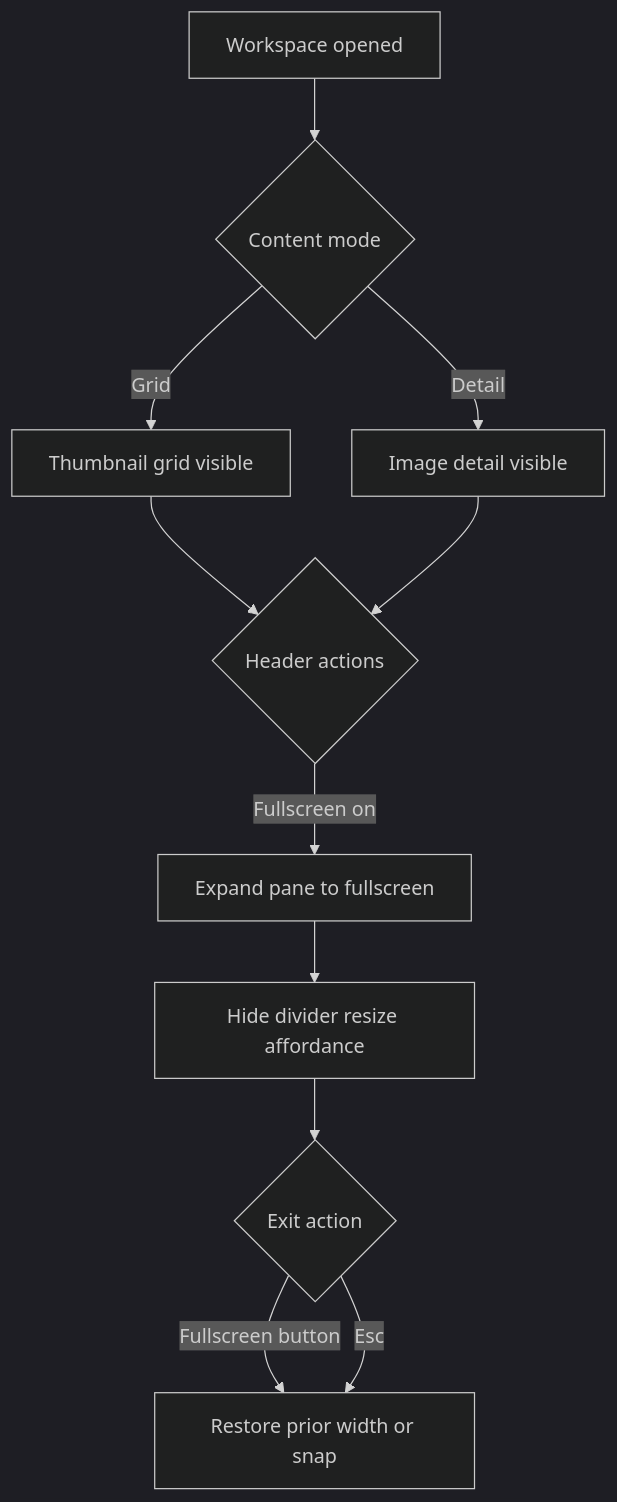
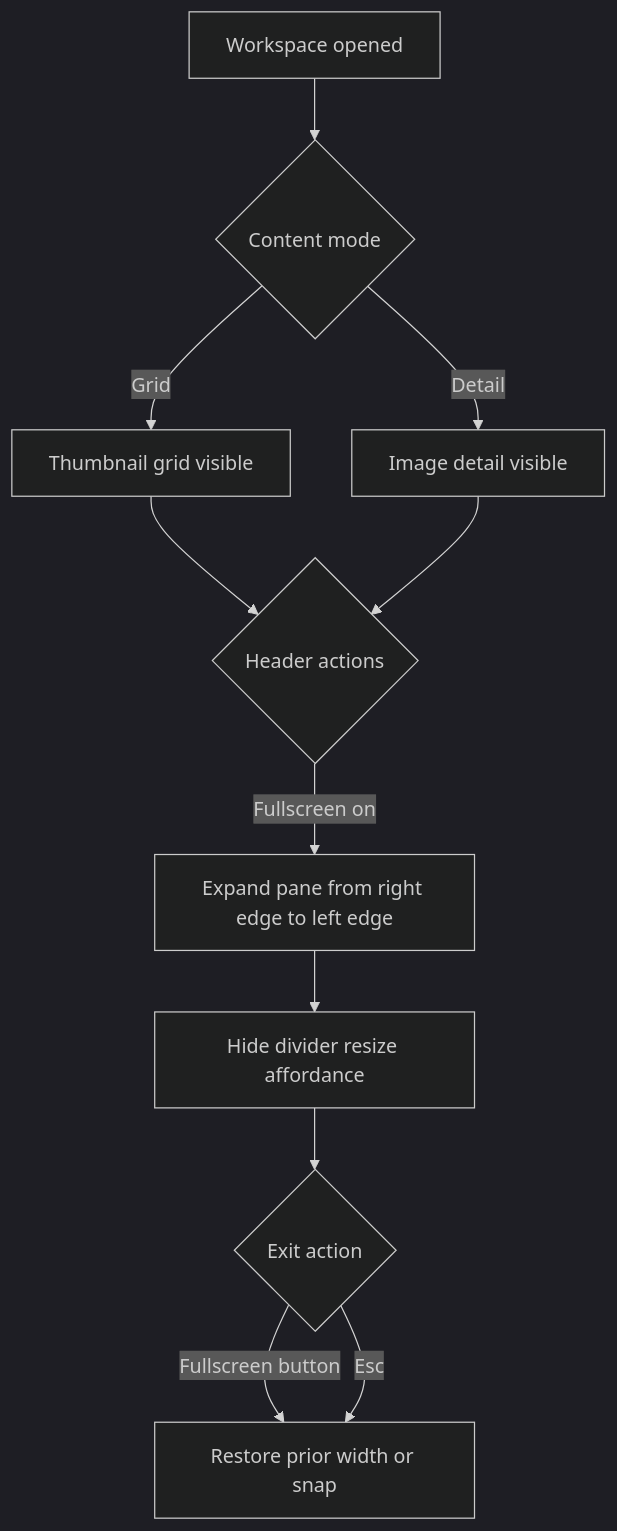
The first of 4 diagrams in docs/element-specs/workspace-pane.md (matkleve/feldpost), drawn with Mermaid (dark theme) before and after one commit. The commit also changed other lines of this file and 31 other files, not shown here.

````diff
--- a/docs/element-specs/workspace-pane.md
+++ b/docs/element-specs/workspace-pane.md
@@ -47,13 +47,13 @@
 ```mermaid
 flowchart TD
     A[Workspace opened] --> B{Content mode}
     B -- Grid --> C[Thumbnail grid visible]
     B -- Detail --> D[Image detail visible]
     C --> E{Header actions}
     D --> E
-    E -- Fullscreen on --> F[Expand pane to fullscreen]
-    F --> G[Hide divider resize affordance]
+  E -- Fullscreen on --> F[Expand pane from right edge to left edge]
+  F --> G[Hide divider resize affordance]
     G --> H{Exit action}
     H -- Fullscreen button --> I[Restore prior width or snap]
     H -- Esc --> I
 ```
````
